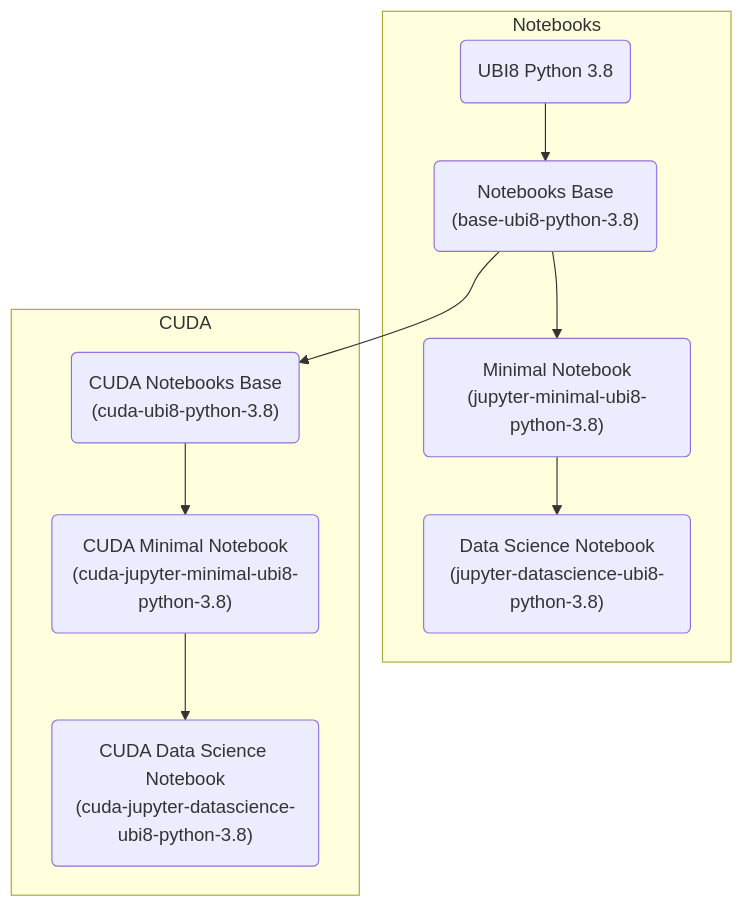
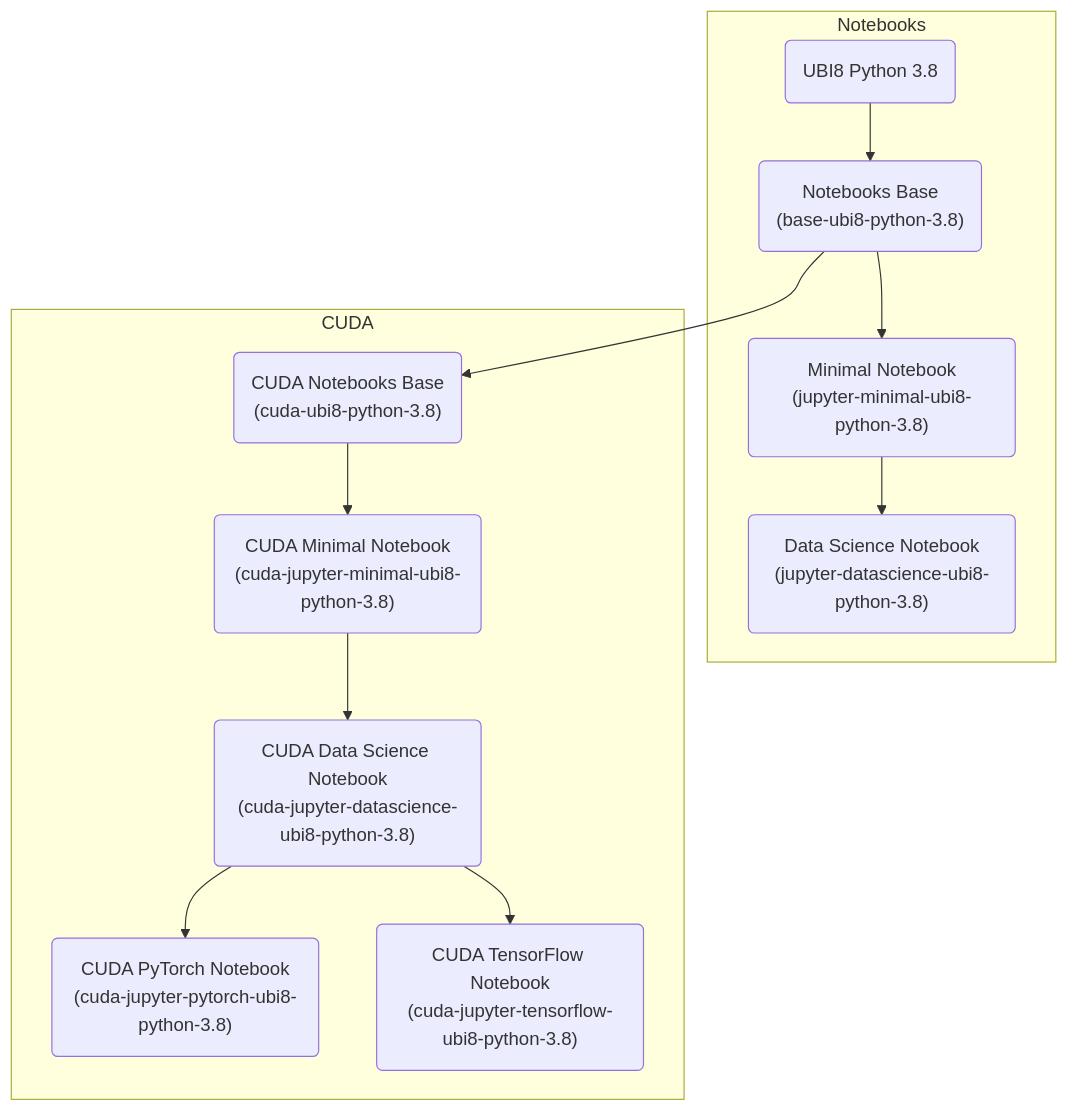
The diagram in README.md (opendatahub-io/notebooks), drawn with Mermaid before and after one commit. The commit also changed other lines of this file and 14 other files, not shown here.

Commit message:
Build PyTorch and TensorFlow CUDA Notebook Images

````diff
--- a/README.md
+++ b/README.md
@@ -9,27 +9,31 @@
 ```mermaid
 graph TB
     subgraph Notebooks
         %% Nodes
         ubi8-python-3.8(UBI8 Python 3.8);
         base-ubi8-python-3.8("Notebooks Base<br/>(base-ubi8-python-3.8)");
         jupyter-minimal-ubi8-python-3.8("Minimal Notebook<br/>(jupyter-minimal-ubi8-python-3.8)");
         jupyter-datascience-ubi8-python-3.8("Data Science Notebook<br/>(jupyter-datascience-ubi8-python-3.8)");
 
         %% Edges
         ubi8-python-3.8 --> base-ubi8-python-3.8;
         base-ubi8-python-3.8 --> jupyter-minimal-ubi8-python-3.8;
         jupyter-minimal-ubi8-python-3.8 --> jupyter-datascience-ubi8-python-3.8;
     end
 
     subgraph CUDA
         %% Nodes
         cuda-ubi8-python-3.8("CUDA Notebooks Base<br/>(cuda-ubi8-python-3.8)");
         cuda-jupyter-minimal-ubi8-python-3.8("CUDA Minimal Notebook<br/>(cuda-jupyter-minimal-ubi8-python-3.8)");
         cuda-jupyter-datascience-ubi8-python-3.8("CUDA Data Science Notebook<br/>(cuda-jupyter-datascience-ubi8-python-3.8)");
+        cuda-jupyter-pytorch-ubi8-python-3.8("CUDA PyTorch Notebook<br/>(cuda-jupyter-pytorch-ubi8-python-3.8)");
+        cuda-jupyter-tensorflow-ubi8-python-3.8("CUDA TensorFlow Notebook<br/>(cuda-jupyter-tensorflow-ubi8-python-3.8)");
 
         %% Edges
         base-ubi8-python-3.8 --> cuda-ubi8-python-3.8;
         cuda-ubi8-python-3.8 --> cuda-jupyter-minimal-ubi8-python-3.8;
         cuda-jupyter-minimal-ubi8-python-3.8 --> cuda-jupyter-datascience-ubi8-python-3.8;
+        cuda-jupyter-datascience-ubi8-python-3.8 --> cuda-jupyter-pytorch-ubi8-python-3.8;
+        cuda-jupyter-datascience-ubi8-python-3.8 --> cuda-jupyter-tensorflow-ubi8-python-3.8;
     end
 ```
````
